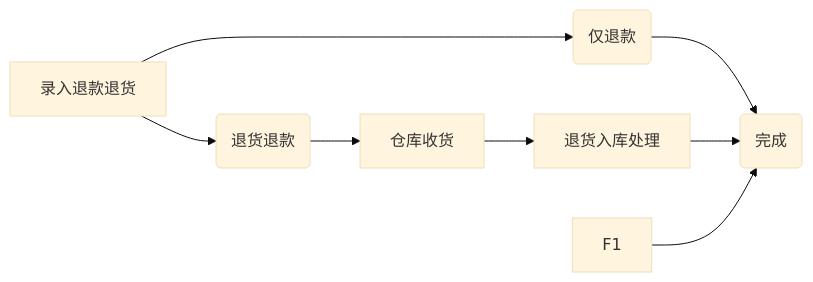
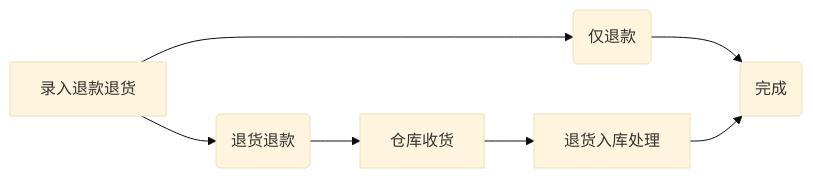
One commit to zeasin/qihangerp changed the fifth of 7 diagrams in README.md. Above: the diagram before and after it, drawn with Mermaid (base theme). The commit also changed other lines of this file, not shown here.

````diff
--- a/README.md
+++ b/README.md
@@ -129,10 +129,9 @@
 ```mermaid
 graph LR
 A[录入退款退货] -->B(仅退款)
-    B --> H
+    B --> H(完成)
     A --> D(退货退款)
     D --> E[仓库收货]
     E --> F[退货入库处理]
     F --> H
-    F1 --> H(完成)
 ```
````
